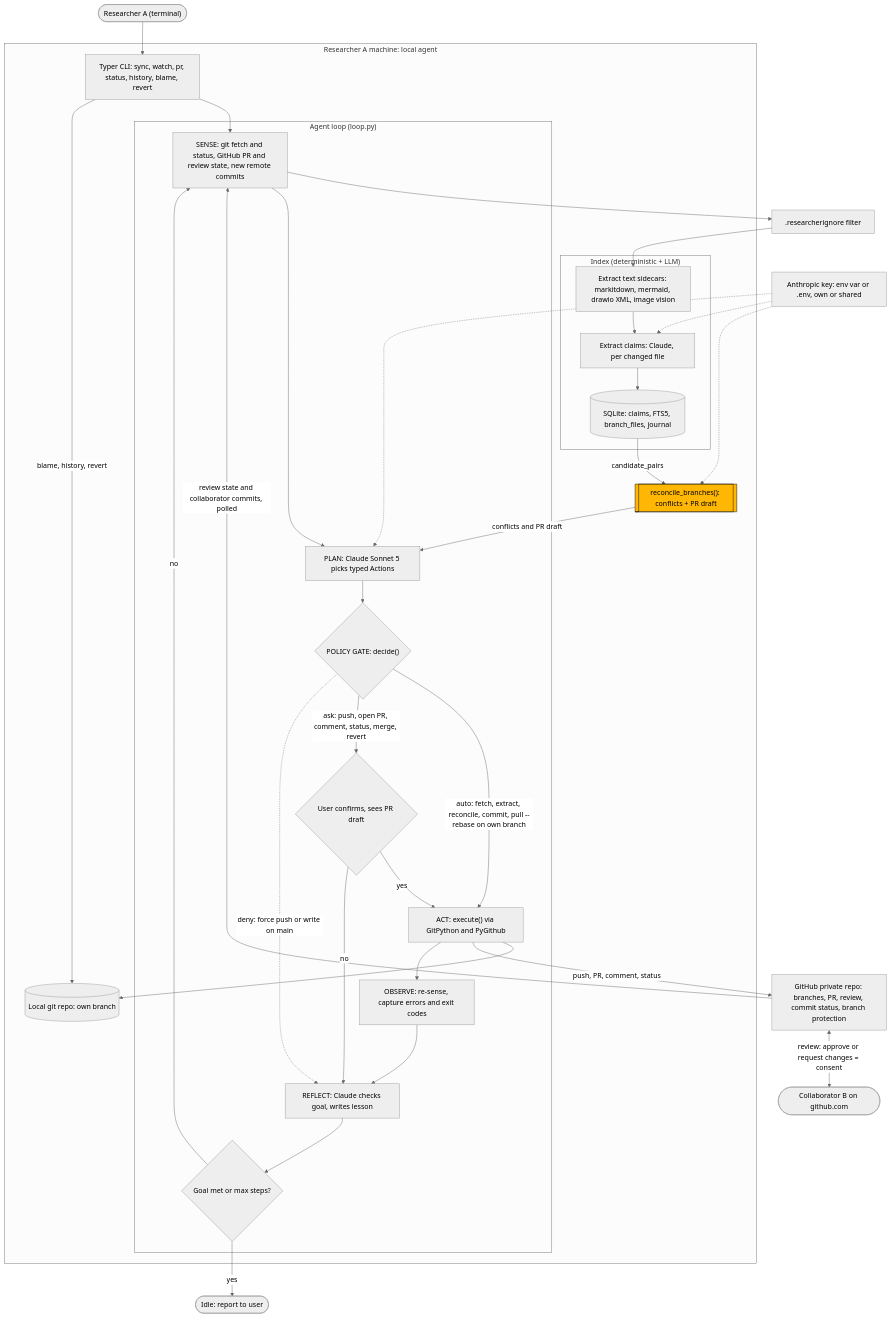
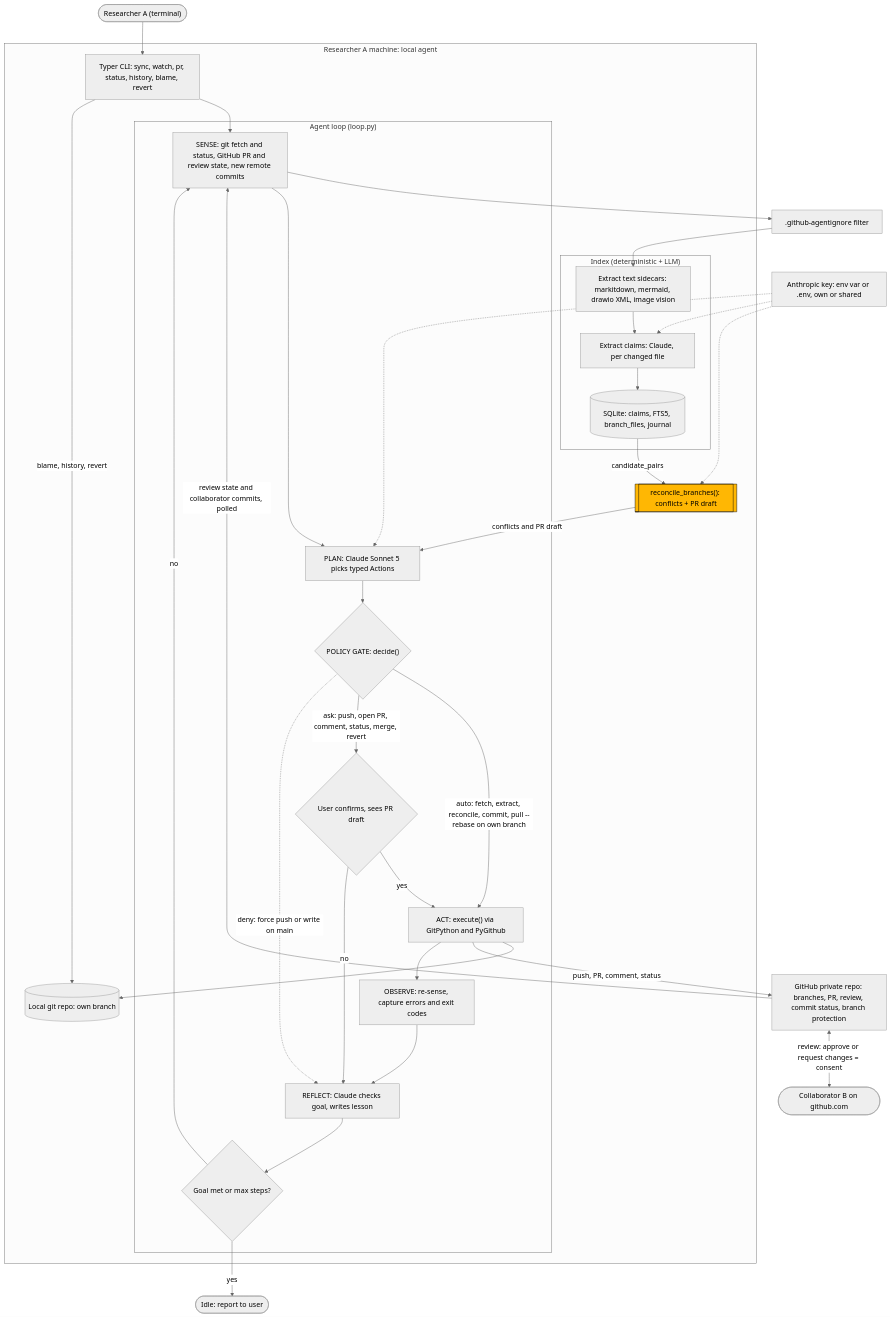
The diagram in tasks/todo.md (itsmunishbhardwaj/github-agent), drawn with Mermaid (neutral theme) before and after one commit. The commit also changed other lines of this file and 27 other files, not shown here.

````diff
--- a/tasks/todo.md
+++ b/tasks/todo.md
@@ -212,58 +212,58 @@
 ```mermaid
 flowchart TD
     USER(["Researcher A (terminal)"])
     COLLAB(["Collaborator B on github.com"])
     KEYS["Anthropic key: env var or .env, own or shared"]
-    IGNORE[".researcherignore filter"]
+    IGNORE[".github-agentignore filter"]
 
     subgraph LOCAL["Researcher A machine: local agent"]
         CLI["Typer CLI: sync, watch, pr, status, history, blame, revert"]
 
         subgraph LOOP["Agent loop (loop.py)"]
             SENSE["SENSE: git fetch and status, GitHub PR and review state, new remote commits"]
             PLAN["PLAN: Claude Sonnet 5 picks typed Actions"]
             GATE{"POLICY GATE: decide()"}
             CONFIRM{"User confirms, sees PR draft"}
             ACT["ACT: execute() via GitPython and PyGithub"]
             OBS["OBSERVE: re-sense, capture errors and exit codes"]
             REFL["REFLECT: Claude checks goal, writes lesson"]
             DONE{"Goal met or max steps?"}
         end
 
         subgraph INDEX["Index (deterministic + LLM)"]
             EXTRACT["Extract text sidecars: markitdown, mermaid, drawio XML, image vision"]
             CLAIMS["Extract claims: Claude, per changed file"]
             DB[("SQLite: claims, FTS5, branch_files, journal")]
         end
 
         CORE[["reconcile_branches(): conflicts + PR draft"]]
         GIT[("Local git repo: own branch")]
     end
 
     GH["GitHub private repo: branches, PR, review, commit status, branch protection"]
 
     USER --> CLI --> SENSE
     KEYS -.-> PLAN
     KEYS -.-> CLAIMS
     KEYS -.-> CORE
     SENSE --> IGNORE --> EXTRACT --> CLAIMS --> DB
     DB -->|"candidate_pairs"| CORE
     SENSE --> PLAN
     CORE -->|"conflicts and PR draft"| PLAN
     PLAN --> GATE
     GATE -->|"auto: fetch, extract, reconcile, commit, pull --rebase on own branch"| ACT
     GATE -->|"ask: push, open PR, comment, status, merge, revert"| CONFIRM
     GATE -.->|"deny: force push or write on main"| REFL
     CONFIRM -->|"yes"| ACT
     CONFIRM -->|"no"| REFL
     ACT --> GIT
     ACT -->|"push, PR, comment, status"| GH
     GH <-->|"review: approve or request changes = consent"| COLLAB
     GH -->|"review state and collaborator commits, polled"| SENSE
     ACT --> OBS --> REFL --> DONE
     DONE -->|"no"| SENSE
     DONE -->|"yes"| IDLE(["Idle: report to user"])
     CLI -->|"blame, history, revert"| GIT
 
     style CORE fill:#ffb703,stroke:#000,color:#000
 ```
````
